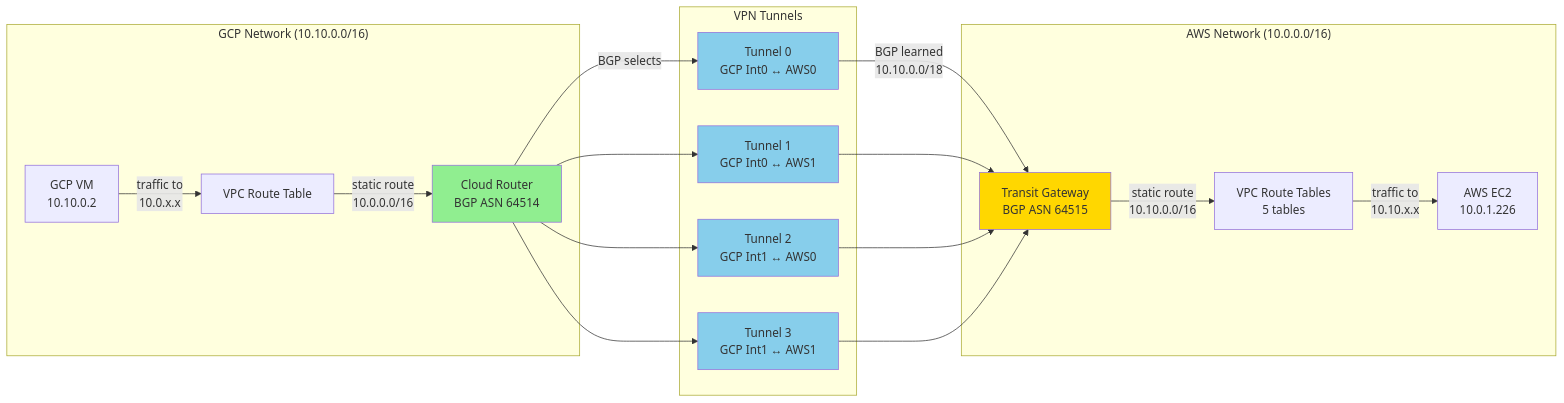
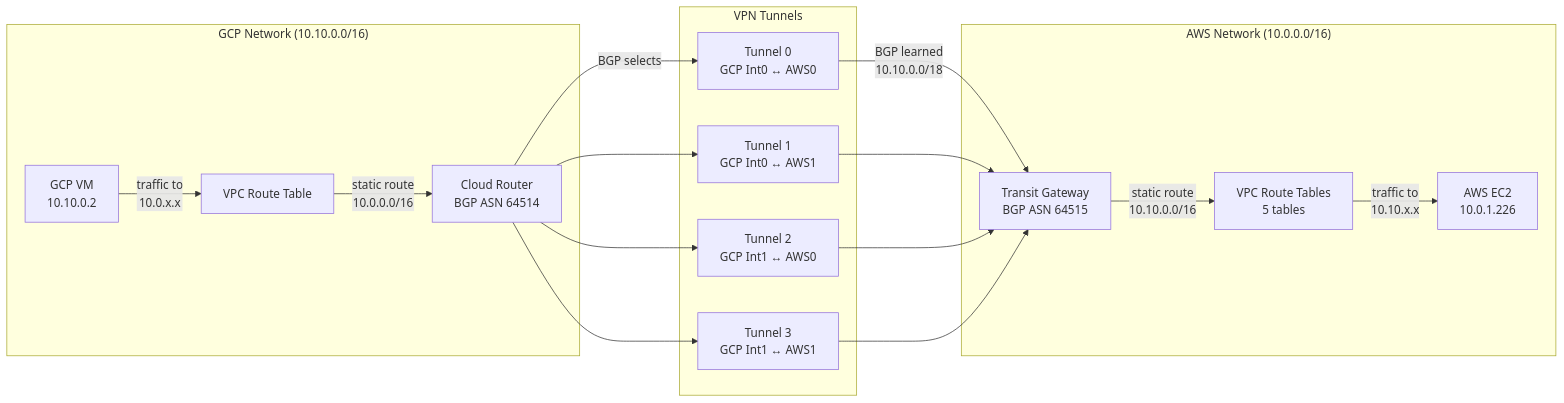
The diagram in ARCHITECTURE.md (it2003-ch191-multicloud-networking/aws-gcp-vpn-infra), drawn with Mermaid before and after one commit. The commit also changed 8 other files, not shown here.

````diff
--- a/ARCHITECTURE.md
+++ b/ARCHITECTURE.md
@@ -79,44 +79,37 @@
 ```mermaid
 graph LR
     subgraph GCP["GCP Network (10.10.0.0/16)"]
         GVM[GCP VM<br/>10.10.0.2]
         GVPC[VPC Route Table]
         GROUTER[Cloud Router<br/>BGP ASN 64514]
         
         GVM -->|traffic to<br/>10.0.x.x| GVPC
         GVPC -->|static route<br/>10.0.0.0/16| GROUTER
     end
     
     subgraph VPN["VPN Tunnels"]
         T1[Tunnel 0<br/>GCP Int0 ↔ AWS0]
         T2[Tunnel 1<br/>GCP Int0 ↔ AWS1]
         T3[Tunnel 2<br/>GCP Int1 ↔ AWS0]
         T4[Tunnel 3<br/>GCP Int1 ↔ AWS1]
         
         GROUTER -->|BGP selects| T1
         GROUTER --> T2
         GROUTER --> T3
         GROUTER --> T4
     end
     
     subgraph AWS["AWS Network (10.0.0.0/16)"]
         TGW[Transit Gateway<br/>BGP ASN 64515]
         AVPC[VPC Route Tables<br/>5 tables]
         AEC2[AWS EC2<br/>10.0.1.226]
         
         T1 -->|BGP learned<br/>10.10.0.0/18| TGW
         T2 --> TGW
         T3 --> TGW
         T4 --> TGW
         
         TGW -->|static route<br/>10.10.0.0/16| AVPC
         AVPC -->|traffic to<br/>10.10.x.x| AEC2
     end
-    
-    style T1 fill:#87CEEB
-    style T2 fill:#87CEEB
-    style T3 fill:#87CEEB
-    style T4 fill:#87CEEB
-    style GROUTER fill:#90EE90
-    style TGW fill:#FFD700
 ```
````
